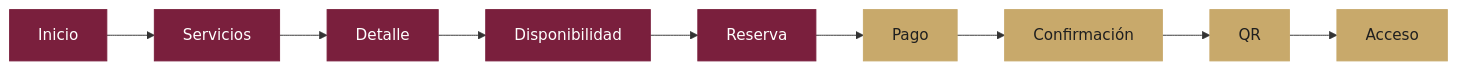
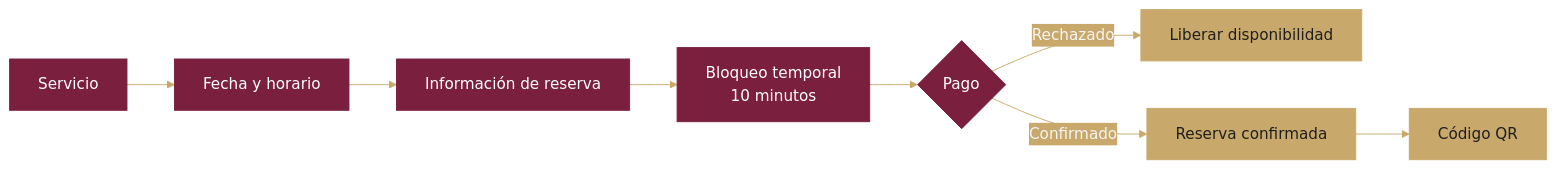
Before and after one commit to LaoraSad/omegaComplex: the first of 8 diagrams in README.md, drawn with Mermaid. The commit also changed other lines of this file and 8 other files, not shown here.

````diff
--- a/README.md
+++ b/README.md
@@ -55,17 +78,16 @@
 ```mermaid
+%%{init: {'theme':'base','themeVariables':{'primaryColor':'#7A1F3D','primaryTextColor':'#F5F5F5','primaryBorderColor':'#7A1F3D','lineColor':'#C8A96B','secondaryColor':'#C8A96B','tertiaryColor':'#F5F5F5'}}}%%
 flowchart LR
-    A[Inicio] --> B[Servicios]
-    B --> C[Detalle]
-    C --> D[Disponibilidad]
-    D --> E[Reserva]
-    E --> F[Pago]
-    F --> G[Confirmación]
-    G --> H[QR]
-    H --> I[Acceso]
+    S[Servicio] --> F[Fecha y horario]
+    F --> I[Información de reserva]
+    I --> B[Bloqueo temporal<br/>10 minutos]
+    B --> P{Pago}
+    P -->|Rechazado| L[Liberar disponibilidad]
+    P -->|Confirmado| R[Reserva confirmada]
+    R --> Q[Código QR]
 
     classDef primary fill:#7A1F3D,color:#fff,stroke:#7A1F3D;
     classDef accent fill:#C8A96B,color:#1F1F1F,stroke:#C8A96B;
-
-    class A,B,C,D,E primary;
-    class F,G,H,I accent;
+    class S,F,I,B,P primary;
+    class L,R,Q accent;
 ```
````
